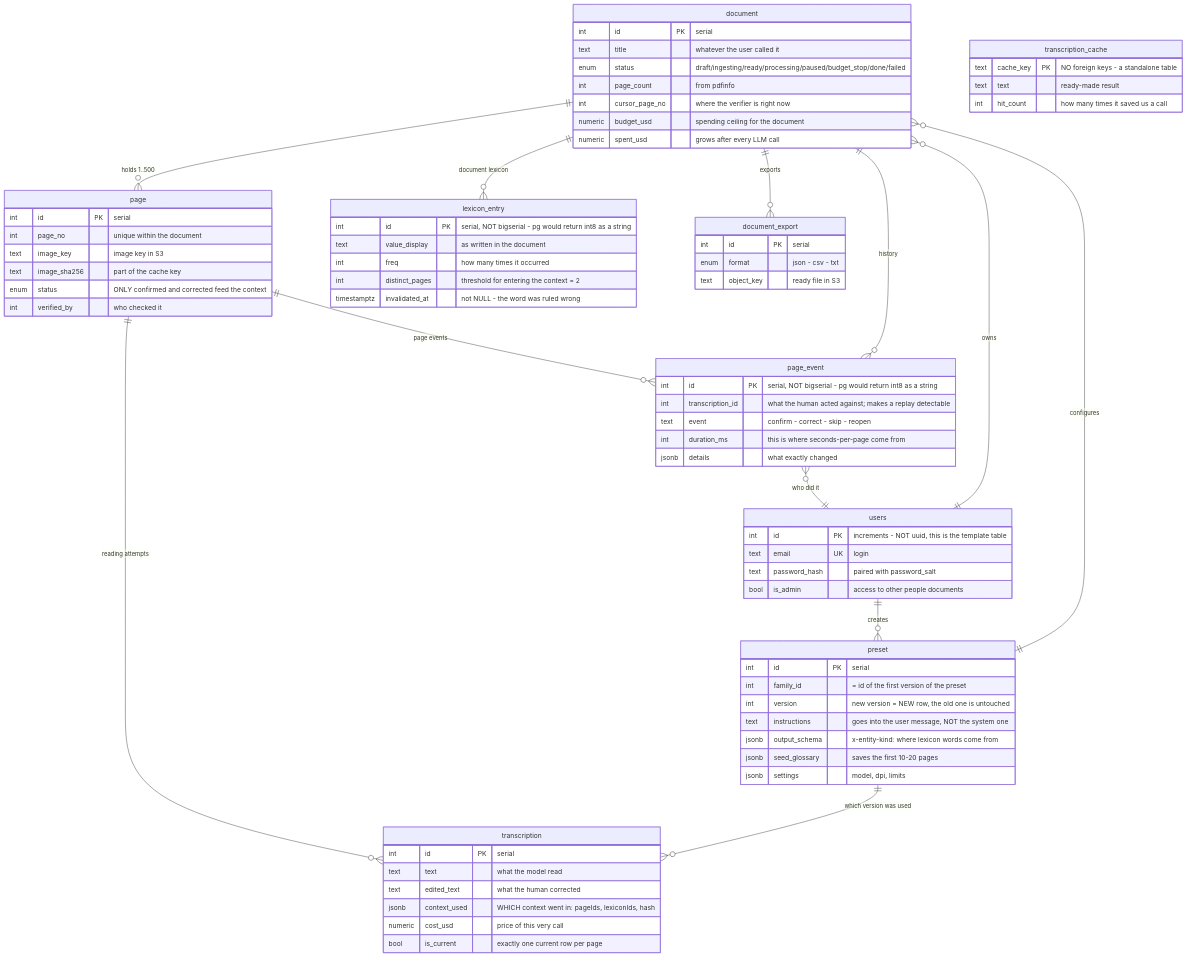
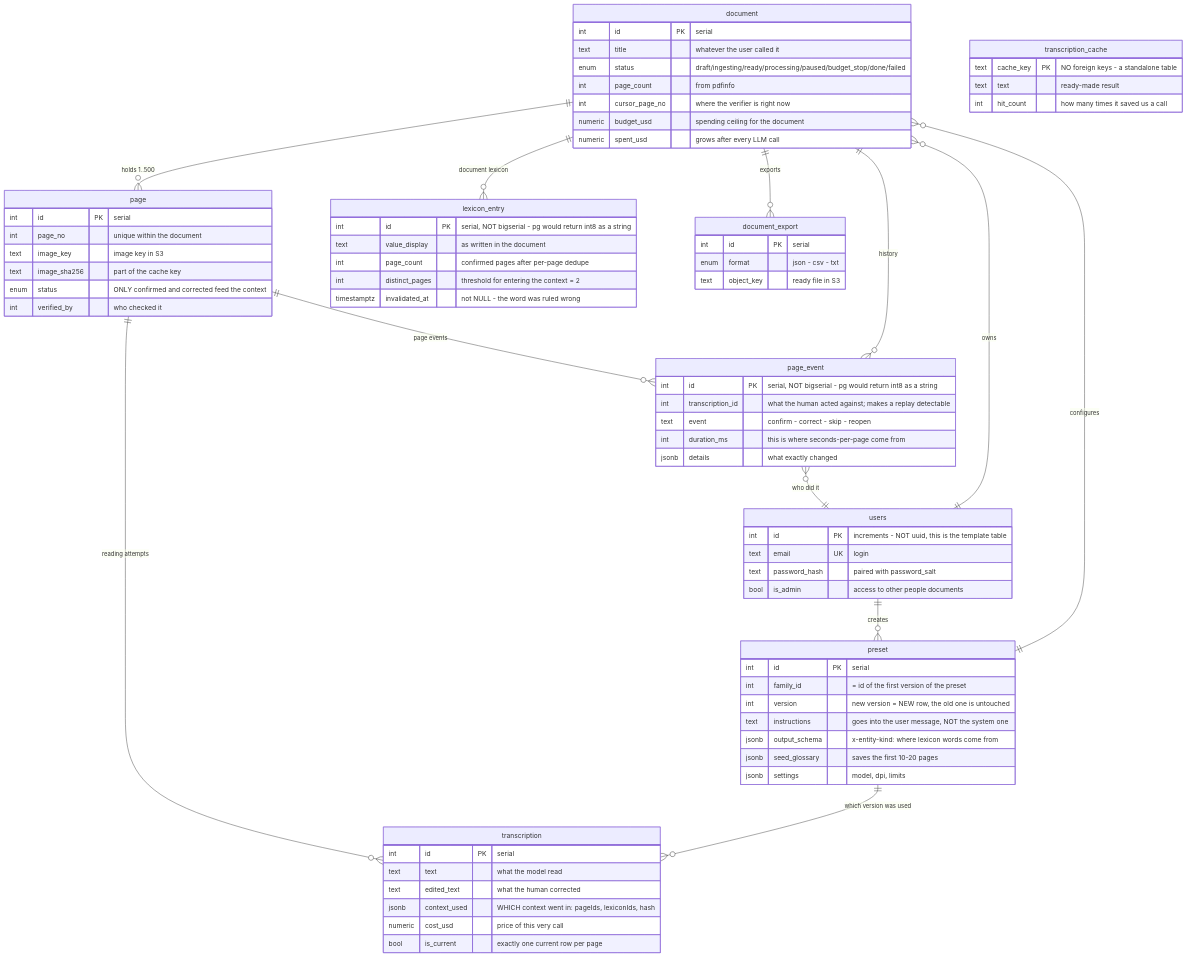
Before and after one commit to BinaryStudioAcademy/bsa-2026-transcripta: the diagram in docs/diagrams/06-database.mmd, drawn with Mermaid. The commit also changed 7 other files, not shown here.

Commit message:
TSA-149: * update docs for lexicon page_count rename

```diff
--- a/docs/diagrams/06-database.mmd
+++ b/docs/diagrams/06-database.mmd
@@ -1,90 +1,90 @@
 %% Database schema - 9 tables
 %% document sits in the centre. Pages, lexicon and exports grow out of it.
 %% Full DDL with comments: ../schema/schema.sql
 
 erDiagram
     document ||--o{ page : "holds 1..500"
     page ||--o{ transcription : "reading attempts"
     document ||--o{ lexicon_entry : "document lexicon"
     document ||--o{ document_export : "exports"
     page ||--o{ page_event : "page events"
     document ||--o{ page_event : "history"
     preset ||--o{ document : "configures"
     preset ||--o{ transcription : "which version was used"
     users ||--o{ document : "owns"
     users ||--o{ preset : "creates"
     page_event }o--|| users : "who did it"
 
 
     users {
         int id PK "increments - NOT uuid, this is the template table"
         text email UK "login"
         text password_hash "paired with password_salt"
         bool is_admin "access to other people documents"
     }
 
     preset {
         int id PK "serial"
         int family_id "= id of the first version of the preset"
         int version "new version = NEW row, the old one is untouched"
         text instructions "goes into the user message, NOT the system one"
         jsonb output_schema "x-entity-kind: where lexicon words come from"
         jsonb seed_glossary "saves the first 10-20 pages"
         jsonb settings "model, dpi, limits"
     }
 
     document {
         int id PK "serial"
         text title "whatever the user called it"
         enum status "draft/ingesting/ready/processing/paused/budget_stop/done/failed"
         int page_count "from pdfinfo"
         int cursor_page_no "where the verifier is right now"
         numeric budget_usd "spending ceiling for the document"
         numeric spent_usd "grows after every LLM call"
     }
 
     page {
         int id PK "serial"
         int page_no "unique within the document"
         text image_key "image key in S3"
         text image_sha256 "part of the cache key"
         enum status "ONLY confirmed and corrected feed the context"
         int verified_by "who checked it"
     }
 
     transcription {
         int id PK "serial"
         text text "what the model read"
         text edited_text "what the human corrected"
         jsonb context_used "WHICH context went in: pageIds, lexiconIds, hash"
         numeric cost_usd "price of this very call"
         bool is_current "exactly one current row per page"
     }
 
     lexicon_entry {
         int id PK "serial, NOT bigserial - pg would return int8 as a string"
         text value_display "as written in the document"
-        int freq "how many times it occurred"
+        int page_count "confirmed pages after per-page dedupe"
         int distinct_pages "threshold for entering the context = 2"
         timestamptz invalidated_at "not NULL - the word was ruled wrong"
     }
 
     page_event {
         int id PK "serial, NOT bigserial - pg would return int8 as a string"
         int transcription_id "what the human acted against; makes a replay detectable"
         text event "confirm - correct - skip - reopen"
         int duration_ms "this is where seconds-per-page come from"
         jsonb details "what exactly changed"
     }
 
     transcription_cache {
         text cache_key PK "NO foreign keys - a standalone table"
         text text "ready-made result"
         int hit_count "how many times it saved us a call"
     }
 
     document_export {
         int id PK "serial"
         enum format "json - csv - txt"
         text object_key "ready file in S3"
     }
```
